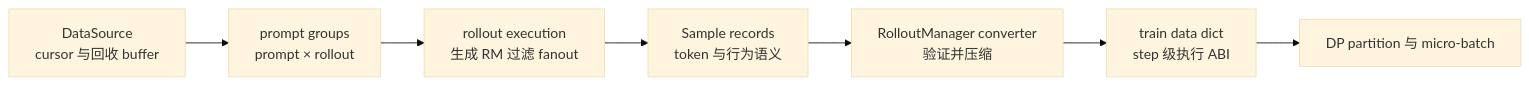
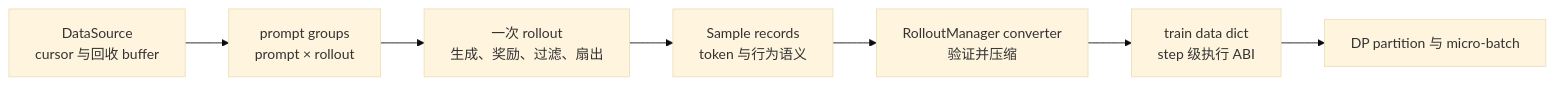
The first of 2 diagrams in wiki/02_engineering/04_posttrain_frameworks/slime/12_slime_sample_datasource_analysis.md (suhaibo666/llm-knowledge), drawn with Mermaid (base theme) before and after one commit. The commit also changed other lines of this file and 21 other files, not shown here.

````diff
--- a/wiki/02_engineering/04_posttrain_frameworks/slime/12_slime_sample_datasource_analysis.md
+++ b/wiki/02_engineering/04_posttrain_frameworks/slime/12_slime_sample_datasource_analysis.md
@@ -37,9 +37,9 @@
 ```mermaid
 flowchart LR
     DS["DataSource<br/>cursor 与回收 buffer"] --> PG["prompt groups<br/>prompt × rollout"]
-    PG --> EX["rollout execution<br/>生成 RM 过滤 fanout"]
+    PG --> EX["一次 rollout<br/>生成、奖励、过滤、扇出"]
     EX --> SP["Sample records<br/>token 与行为语义"]
     SP --> CV["RolloutManager converter<br/>验证并压缩"]
     CV --> TD["train data dict<br/>step 级执行 ABI"]
     TD --> DP["DP partition 与 micro-batch"]
 ```
````
